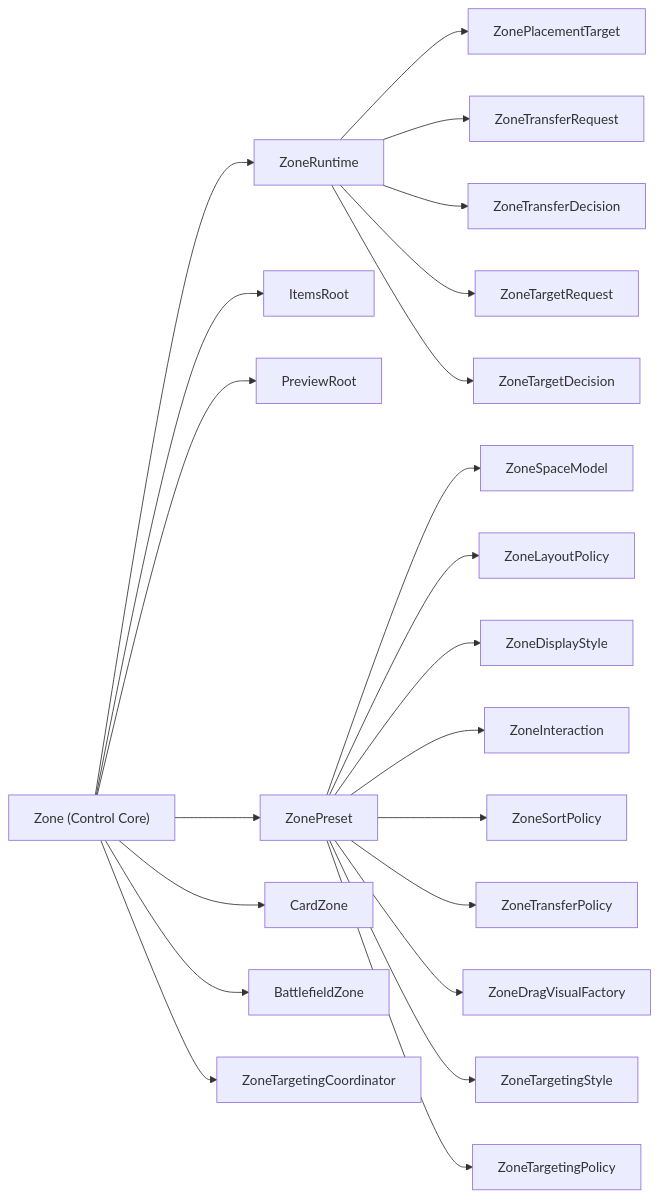
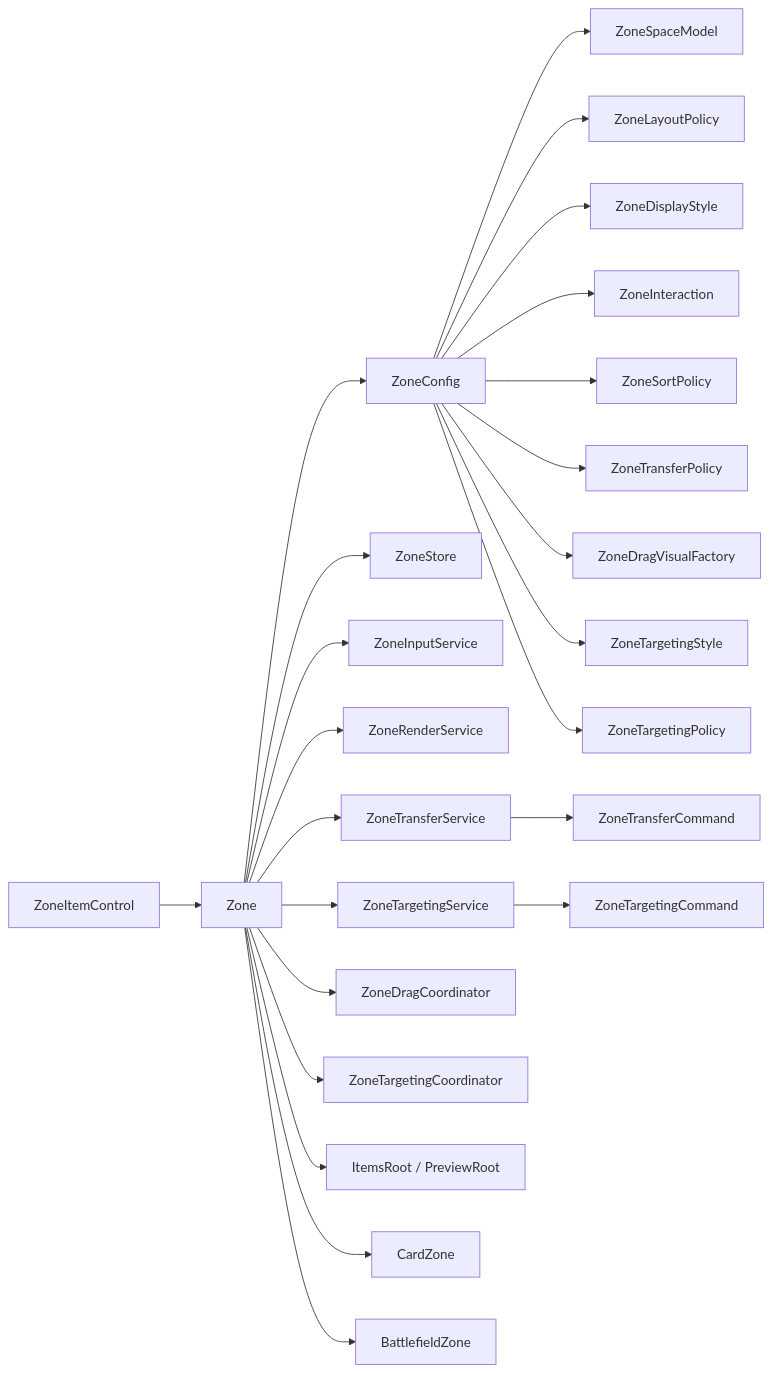
One commit to AmyF/nascent-soul changed the diagram in README.md. Above: the diagram before and after it, drawn with Mermaid. The commit also changed other lines of this file and 19 other files, not shown here.

First line of the commit message:
Refactor zone targeting and transfer services

````diff
--- a/README.md
+++ b/README.md
@@ -13,24 +15,26 @@
 ```mermaid
 flowchart LR
-    Zone["Zone (Control Core)"] --> Runtime["ZoneRuntime"]
-    Zone --> Items["ItemsRoot"]
-    Zone --> Preview["PreviewRoot"]
-    Zone --> Preset["ZonePreset"]
-    Preset --> Space["ZoneSpaceModel"]
-    Preset --> Layout["ZoneLayoutPolicy"]
-    Preset --> Display["ZoneDisplayStyle"]
-    Preset --> Interaction["ZoneInteraction"]
-    Preset --> Sort["ZoneSortPolicy"]
-    Preset --> Transfer["ZoneTransferPolicy"]
-    Preset --> DragVisual["ZoneDragVisualFactory"]
-    Preset --> TargetStyle["ZoneTargetingStyle"]
-    Preset --> TargetPolicy["ZoneTargetingPolicy"]
-    Runtime --> Placement["ZonePlacementTarget"]
-    Runtime --> Request["ZoneTransferRequest"]
-    Runtime --> Decision["ZoneTransferDecision"]
-    Runtime --> TargetRequest["ZoneTargetRequest"]
-    Runtime --> TargetDecision["ZoneTargetDecision"]
+    Zone["Zone"] --> Config["ZoneConfig"]
+    Zone --> Store["ZoneStore"]
+    Zone --> Input["ZoneInputService"]
+    Zone --> Render["ZoneRenderService"]
+    Zone --> Transfer["ZoneTransferService"]
+    Zone --> Targeting["ZoneTargetingService"]
+    Zone --> DragCoord["ZoneDragCoordinator"]
+    Zone --> TargetCoord["ZoneTargetingCoordinator"]
+    Zone --> Items["ItemsRoot / PreviewRoot"]
+    Config --> Space["ZoneSpaceModel"]
+    Config --> Layout["ZoneLayoutPolicy"]
+    Config --> Display["ZoneDisplayStyle"]
+    Config --> Interaction["ZoneInteraction"]
+    Config --> Sort["ZoneSortPolicy"]
+    Config --> TransferPolicy["ZoneTransferPolicy"]
+    Config --> DragVisual["ZoneDragVisualFactory"]
+    Config --> TargetStyle["ZoneTargetingStyle"]
+    Config --> TargetPolicy["ZoneTargetingPolicy"]
+    Transfer --> TransferCommand["ZoneTransferCommand"]
+    Targeting --> TargetCommand["ZoneTargetingCommand"]
     Zone --> CardFamily["CardZone"]
-    Zone --> BattleFamily["BattlefieldZone"]
-    Zone --> Targeting["ZoneTargetingCoordinator"]
+    Zone --> BattlefieldFamily["BattlefieldZone"]
+    ZoneItem["ZoneItemControl"] --> Zone
 ```
````
